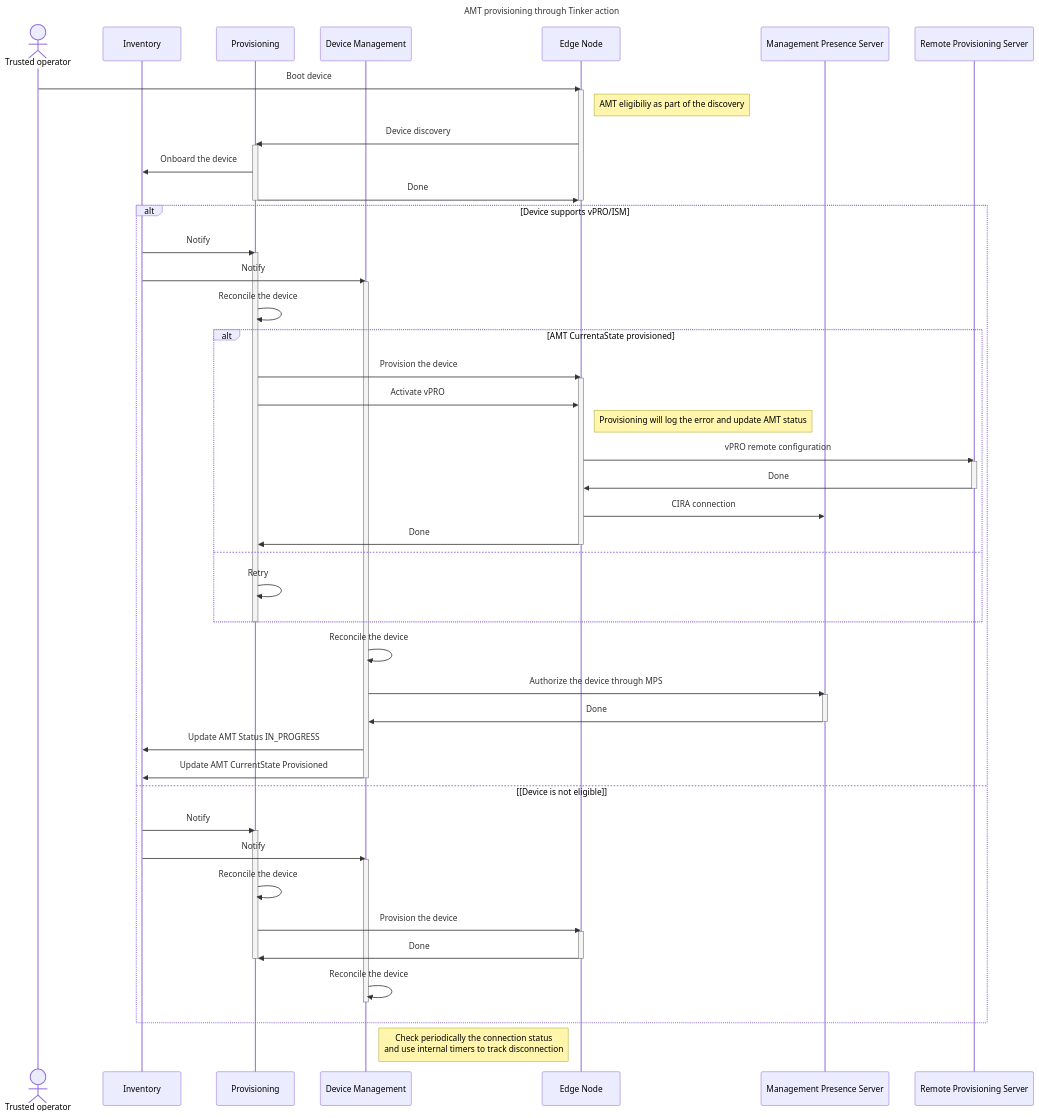
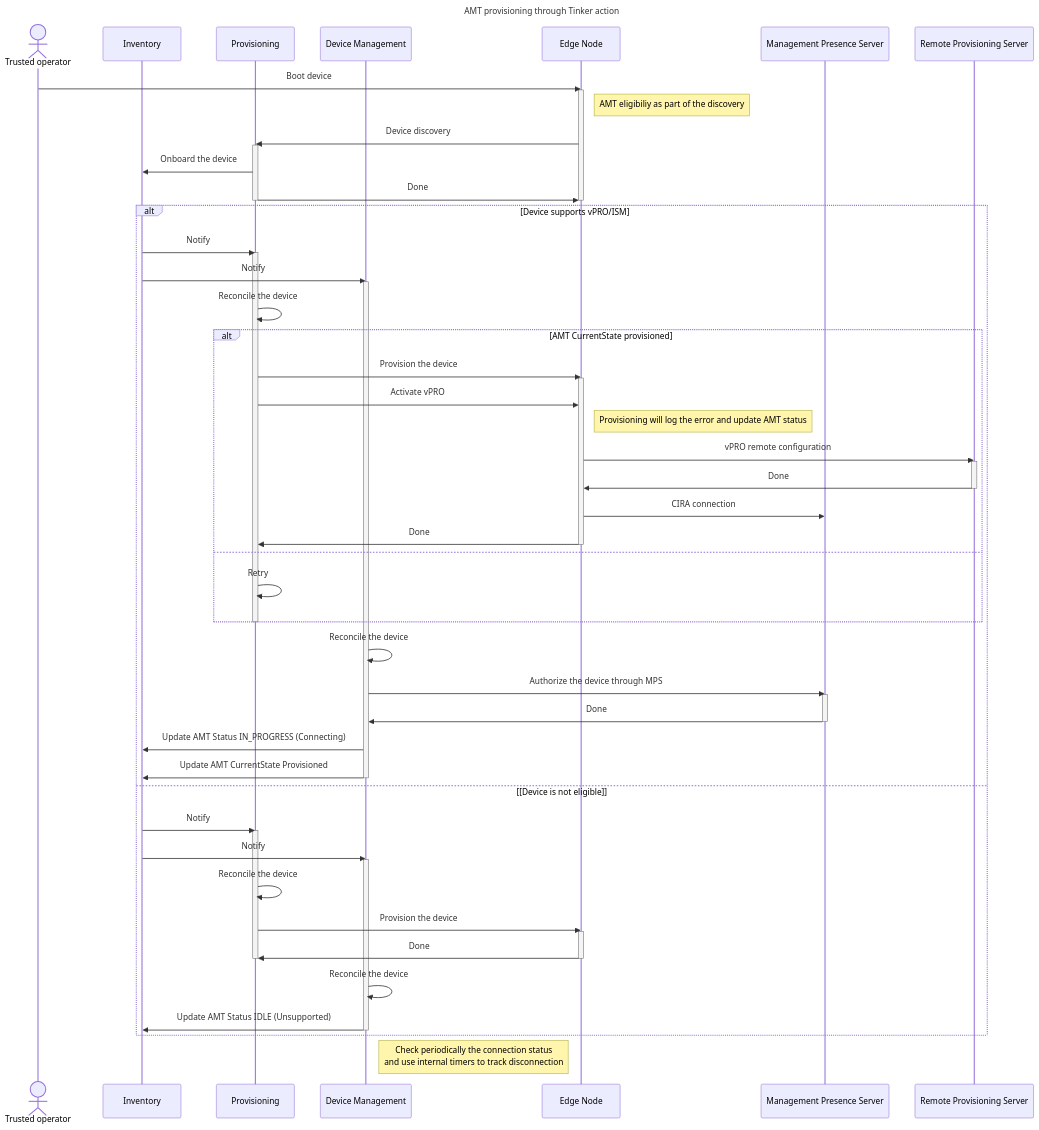
Before and after one commit to open-edge-platform/edge-manageability-framework: the diagram in design-proposals/vpro-device.md, drawn with Mermaid. The commit also changed other lines of this file, not shown here.

````diff
--- a/design-proposals/vpro-device.md
+++ b/design-proposals/vpro-device.md
@@ -52,65 +52,66 @@
 ```mermaid
 sequenceDiagram
     title AMT provisioning through Tinker action
     actor to as Trusted operator
     participant inv as Inventory
     participant ps as Provisioning
     participant dm as Device Management
     participant en as Edge Node
     participant mps as Management Presence Server
     participant rps as Remote Provisioning Server
     to ->> en: Boot device
     activate en
     Note right of en: AMT eligibiliy as part of the discovery
     en ->> ps: Device discovery
     activate ps
     ps ->> inv: Onboard the device
     ps ->> en: Done
     deactivate ps
     deactivate en
     alt Device supports vPRO/ISM
         inv ->> ps: Notify
         activate ps
         inv ->> dm: Notify
         activate dm
         ps ->> ps: Reconcile the device
-        alt AMT CurrentaState provisioned
+        alt AMT CurrentState provisioned
             ps ->> en: Provision the device
             activate en
             ps ->> en: Activate vPRO
             Note right of en: Provisioning will log the error and update AMT status
             en ->> rps: vPRO remote configuration
             activate rps
             rps ->> en: Done
             deactivate rps
             en ->> mps: CIRA connection
             en ->> ps: Done
             deactivate en
         else
             ps ->> ps: Retry
         end
         deactivate ps
         dm ->> dm: Reconcile the device
         dm ->> mps: Authorize the device through MPS
         activate mps
         mps ->> dm: Done
         deactivate mps
-        dm ->> inv: Update AMT Status IN_PROGRESS
+        dm ->> inv: Update AMT Status IN_PROGRESS (Connecting)
         dm ->> inv: Update AMT CurrentState Provisioned
         deactivate dm
     else [Device is not eligible]
         inv ->> ps: Notify
         activate ps
         inv ->> dm: Notify
         activate dm
         ps ->> ps: Reconcile the device
         ps ->> en: Provision the device
         activate en
         en ->> ps: Done
         deactivate en
         deactivate ps
         dm ->> dm: Reconcile the device
+        dm ->> inv: Update AMT Status IDLE (Unsupported)
         deactivate dm
     end
     Note right of dm: Check periodically the connection status<br>and use internal timers to track disconnection
 ```
````
